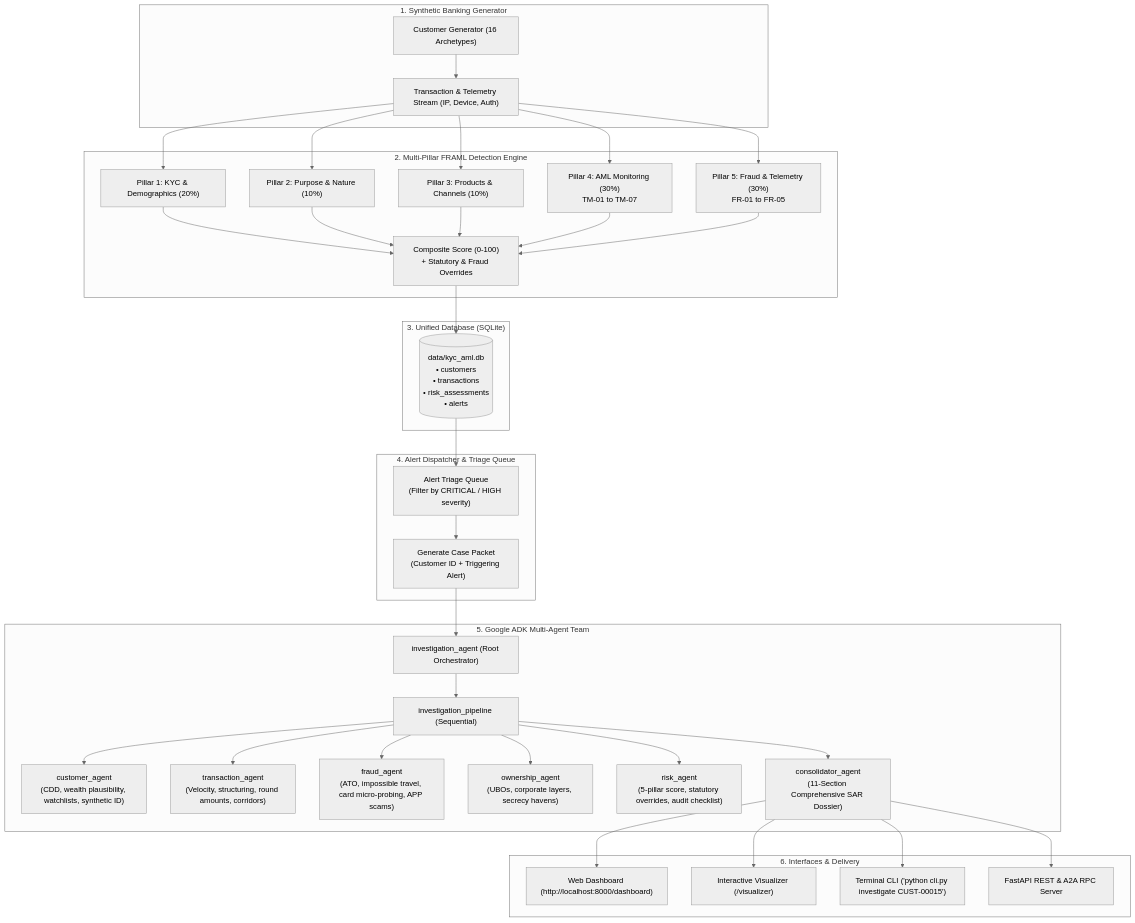
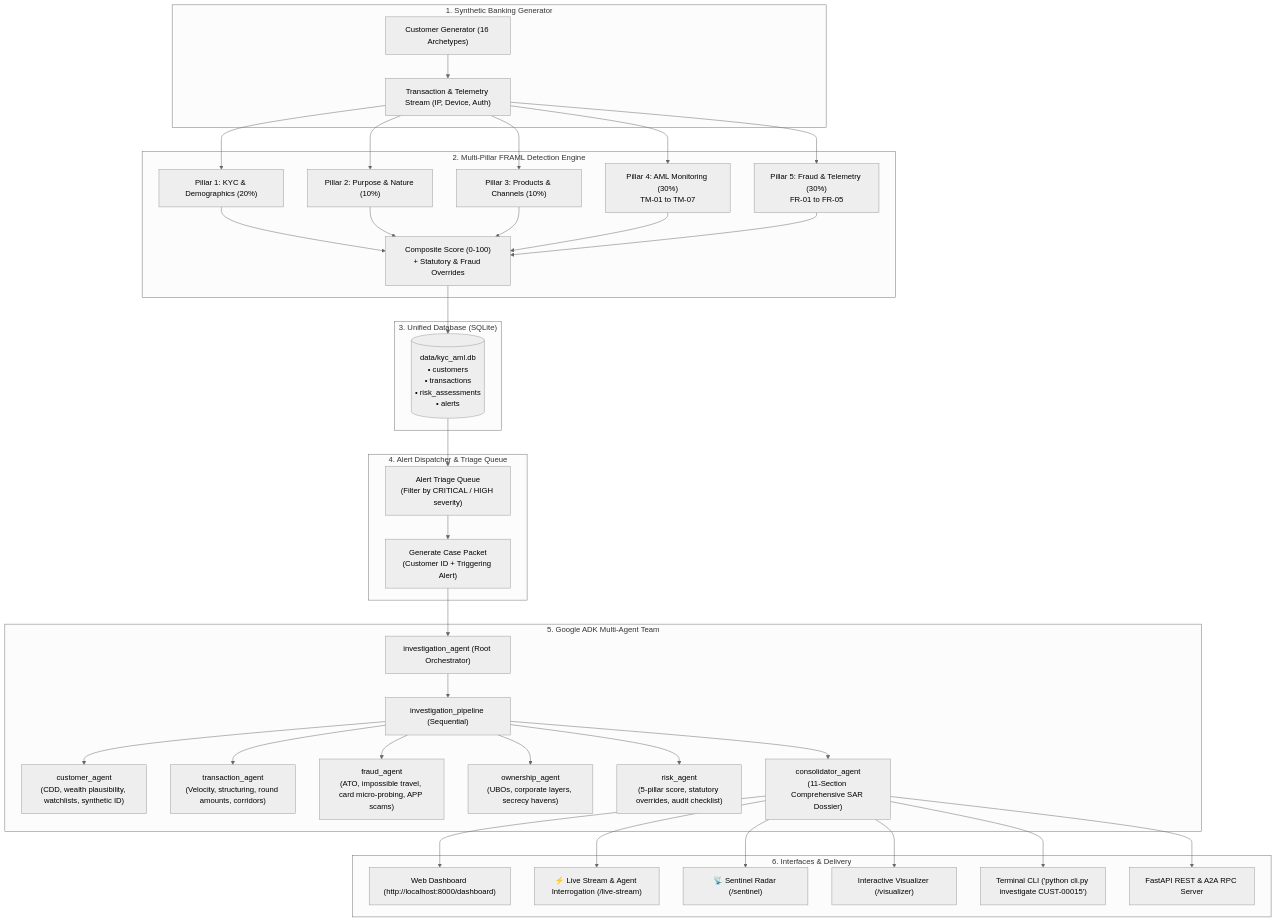
Before and after one commit to EncryptEx/agentic-ai-hackathon: the diagram in README.md, drawn with Mermaid (neutral theme). The commit also changed other lines of this file and 14 other files, not shown here.

````diff
--- a/README.md
+++ b/README.md
@@ -13,46 +13,48 @@
 ```mermaid
 flowchart TD
     subgraph DataGen ["1. Synthetic Banking Generator"]
         CGen["Customer Generator (16 Archetypes)"]
         TGen["Transaction & Telemetry Stream (IP, Device, Auth)"]
         CGen --> TGen
     end
 
     subgraph FRAMLEngine ["2. Multi-Pillar FRAML Detection Engine"]
         TGen --> P1["Pillar 1: KYC & Demographics (20%)"]
         TGen --> P2["Pillar 2: Purpose & Nature (10%)"]
         TGen --> P3["Pillar 3: Products & Channels (10%)"]
         TGen --> P4["Pillar 4: AML Monitoring (30%)<br/>TM-01 to TM-07"]
         TGen --> P5["Pillar 5: Fraud & Telemetry (30%)<br/>FR-01 to FR-05"]
         P1 & P2 & P3 & P4 & P5 --> CompositeScore["Composite Score (0-100)<br/>+ Statutory & Fraud Overrides"]
     end
 
     subgraph Storage ["3. Unified Database (SQLite)"]
         CompositeScore --> DB[("data/kyc_aml.db<br/>• customers<br/>• transactions<br/>• risk_assessments<br/>• alerts")]
     end
 
     subgraph Triage ["4. Alert Dispatcher & Triage Queue"]
         DB --> AlertQueue["Alert Triage Queue<br/>(Filter by CRITICAL / HIGH severity)"]
         AlertQueue --> CasePacket["Generate Case Packet<br/>(Customer ID + Triggering Alert)"]
     end
 
     subgraph ADKAgents ["5. Google ADK Multi-Agent Team"]
         CasePacket --> RootAgent["investigation_agent (Root Orchestrator)"]
         RootAgent --> Pipeline["investigation_pipeline (Sequential)"]
         
         Pipeline --> AgCust["customer_agent<br/>(CDD, wealth plausibility, watchlists, synthetic ID)"]
         Pipeline --> AgTxn["transaction_agent<br/>(Velocity, structuring, round amounts, corridors)"]
         Pipeline --> AgFraud["fraud_agent<br/>(ATO, impossible travel, card micro-probing, APP scams)"]
         Pipeline --> AgOwn["ownership_agent<br/>(UBOs, corporate layers, secrecy havens)"]
         Pipeline --> AgRisk["risk_agent<br/>(5-pillar score, statutory overrides, audit checklist)"]
 
         Pipeline --> AgConsol["consolidator_agent<br/>(11-Section Comprehensive SAR Dossier)"]
     end
 
     subgraph Delivery ["6. Interfaces & Delivery"]
         AgConsol --> Dashboard["Web Dashboard (http://localhost:8000/dashboard)"]
+        AgConsol --> LiveStream["⚡ Live Stream & Agent Interrogation (/live-stream)"]
+        AgConsol --> SentinelRadar["📡 Sentinel Radar (/sentinel)"]
         AgConsol --> Visualizer["Interactive Visualizer (/visualizer)"]
         AgConsol --> CLI["Terminal CLI ('python cli.py investigate CUST-00015')"]
         AgConsol --> API["FastAPI REST & A2A RPC Server"]
     end
 ```
````
